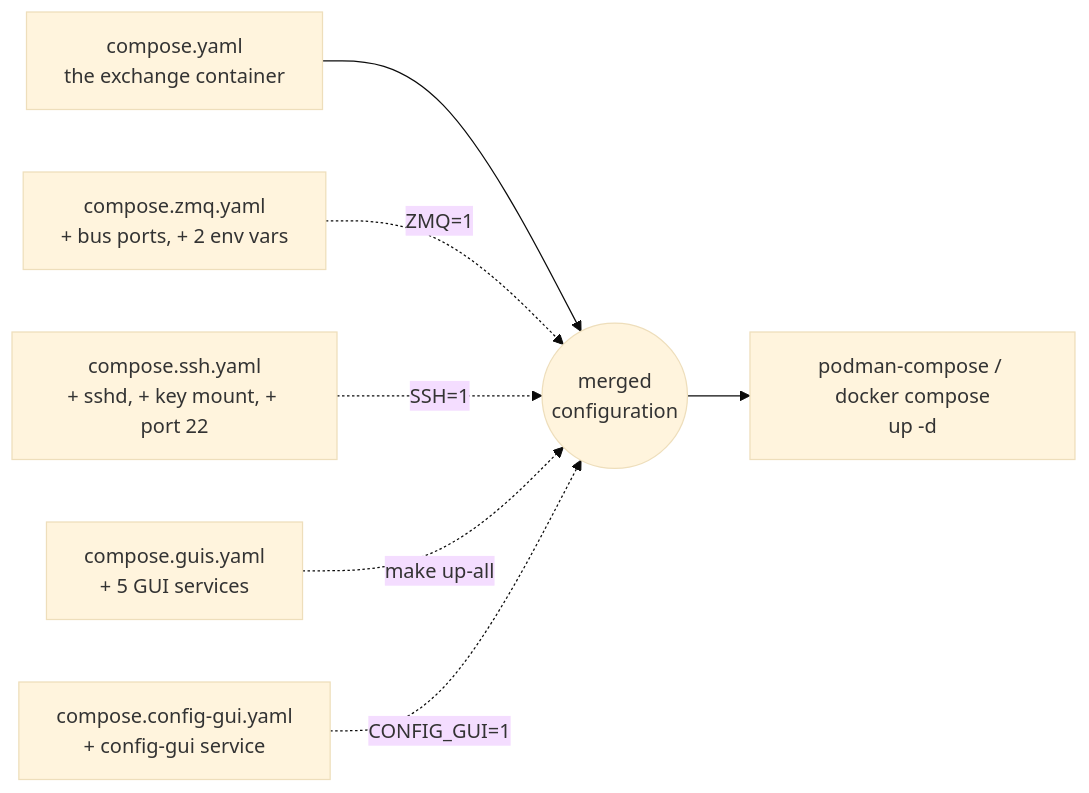
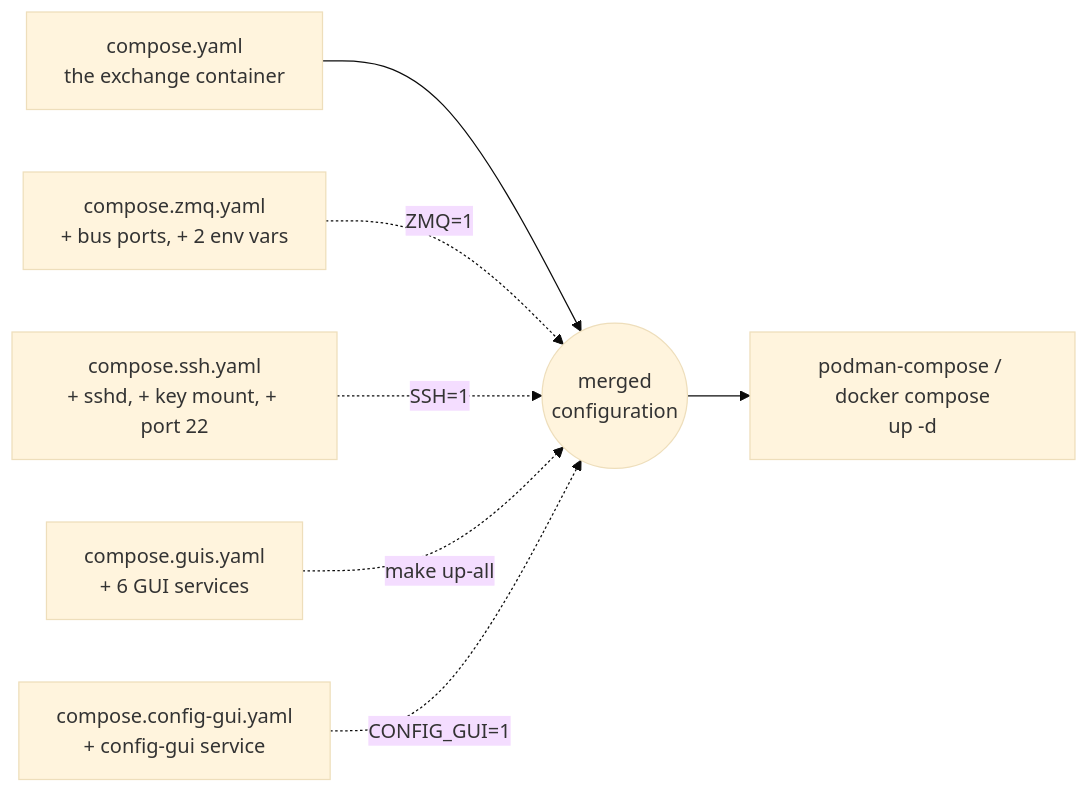
One commit to johan162/EduMatcher changed the eighth of 16 diagrams in docs/books/operator-guide/part-1-install-and-deploy/030-container-deployment-walkthrough.md. Above: the diagram before and after it, drawn with Mermaid (base theme). The commit also changed other lines of this file and 60 other files, not shown here.

````diff
--- a/docs/books/operator-guide/part-1-install-and-deploy/030-container-deployment-walkthrough.md
+++ b/docs/books/operator-guide/part-1-install-and-deploy/030-container-deployment-walkthrough.md
@@ -419,9 +420,9 @@
 ```mermaid
 flowchart LR
     BASE["compose.yaml\nthe exchange container"] --> M(("merged\nconfiguration"))
     ZMQ["compose.zmq.yaml\n+ bus ports, + 2 env vars"] -.->|"ZMQ=1"| M
     SSH["compose.ssh.yaml\n+ sshd, + key mount, + port 22"] -.->|"SSH=1"| M
-    GUIS["compose.guis.yaml\n+ 5 GUI services"] -.->|"make up-all"| M
+    GUIS["compose.guis.yaml\n+ 6 GUI services"] -.->|"make up-all"| M
     CFG["compose.config-gui.yaml\n+ config-gui service"] -.->|"CONFIG_GUI=1"| M
     M --> RUN["podman-compose / docker compose\nup -d"]
 ```
````
